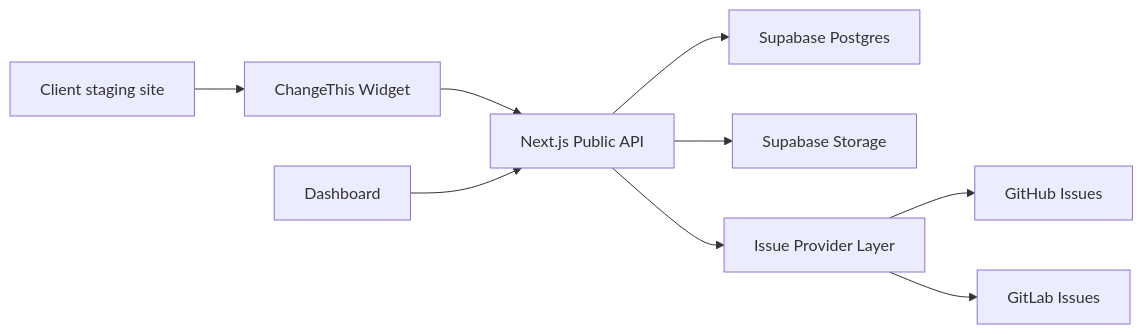
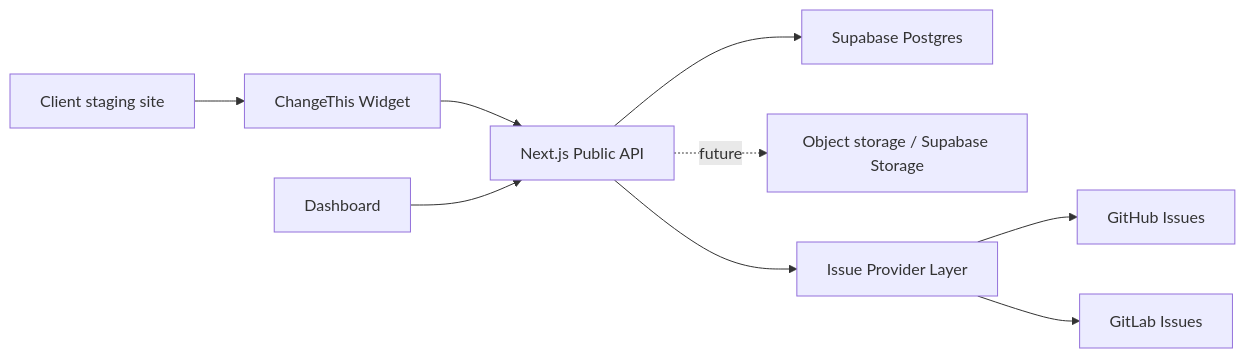
Before and after one commit to MLyte/ChangeThis: the diagram in docs/architecture.md, drawn with Mermaid. The commit also changed other lines of this file and 29 other files, not shown here.

````diff
--- a/docs/architecture.md
+++ b/docs/architecture.md
@@ -14,11 +20,11 @@
 ```mermaid
 flowchart LR
   Site["Client staging site"] --> Widget["ChangeThis Widget"]
   Widget --> Api["Next.js Public API"]
   Api --> Db["Supabase Postgres"]
-  Api --> Storage["Supabase Storage"]
+  Api -. future .-> Storage["Object storage / Supabase Storage"]
   Api --> Providers["Issue Provider Layer"]
   Providers --> GitHub["GitHub Issues"]
   Providers --> GitLab["GitLab Issues"]
   Dashboard["Dashboard"] --> Api
 ```
````
